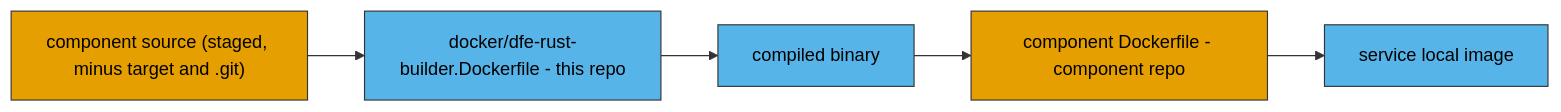
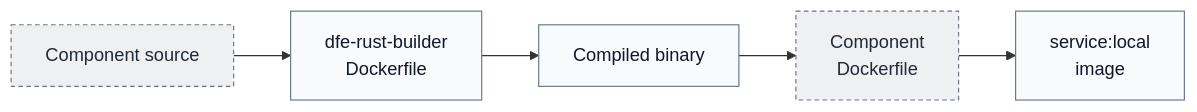
Before and after one commit to hyperi-io/dfe-docker: the diagram in docs/developing.md, drawn with Mermaid. The commit also changed other lines of this file and 28 other files, not shown here.

First line of the commit message:
docs(docker): fix claims and redraw diagrams

````diff
--- a/docs/developing.md
+++ b/docs/developing.md
@@ -129,16 +94,20 @@
 ```mermaid
 flowchart LR
-    classDef repo fill:#E69F00,stroke:#333333,color:#000000
-    classDef here fill:#56B4E9,stroke:#333333,color:#000000
+    accTitle: L4 Detail -- Dev image build
+    accDescr: The component's source is staged without target and .git. This repo's Rust builder image compiles it into a binary. The component's own Dockerfile packages that binary into the service's local image.
 
-    src["component source (staged, minus target and .git)"]:::repo
-    builder["docker/dfe-rust-builder.Dockerfile - this repo"]:::here
-    bin["compiled binary"]:::here
-    own["component Dockerfile - component repo"]:::repo
-    img["service local image"]:::here
+    src["Component source"]
+    builder["dfe-rust-builder<br/>Dockerfile"]
+    bin["Compiled binary"]
+    own["Component<br/>Dockerfile"]
+    img["service:local<br/>image"]
 
     src --> builder
     builder --> bin
     bin --> own
     own --> img
+
+    classDef default fill:#F8FAFC,stroke:#64748B,stroke-width:1px,color:#0F172A
+    classDef ext fill:#EEF0F2,stroke:#6B7280,stroke-width:1px,stroke-dasharray:4 3,color:#1F2937
+    class src,own ext
 ```
````
